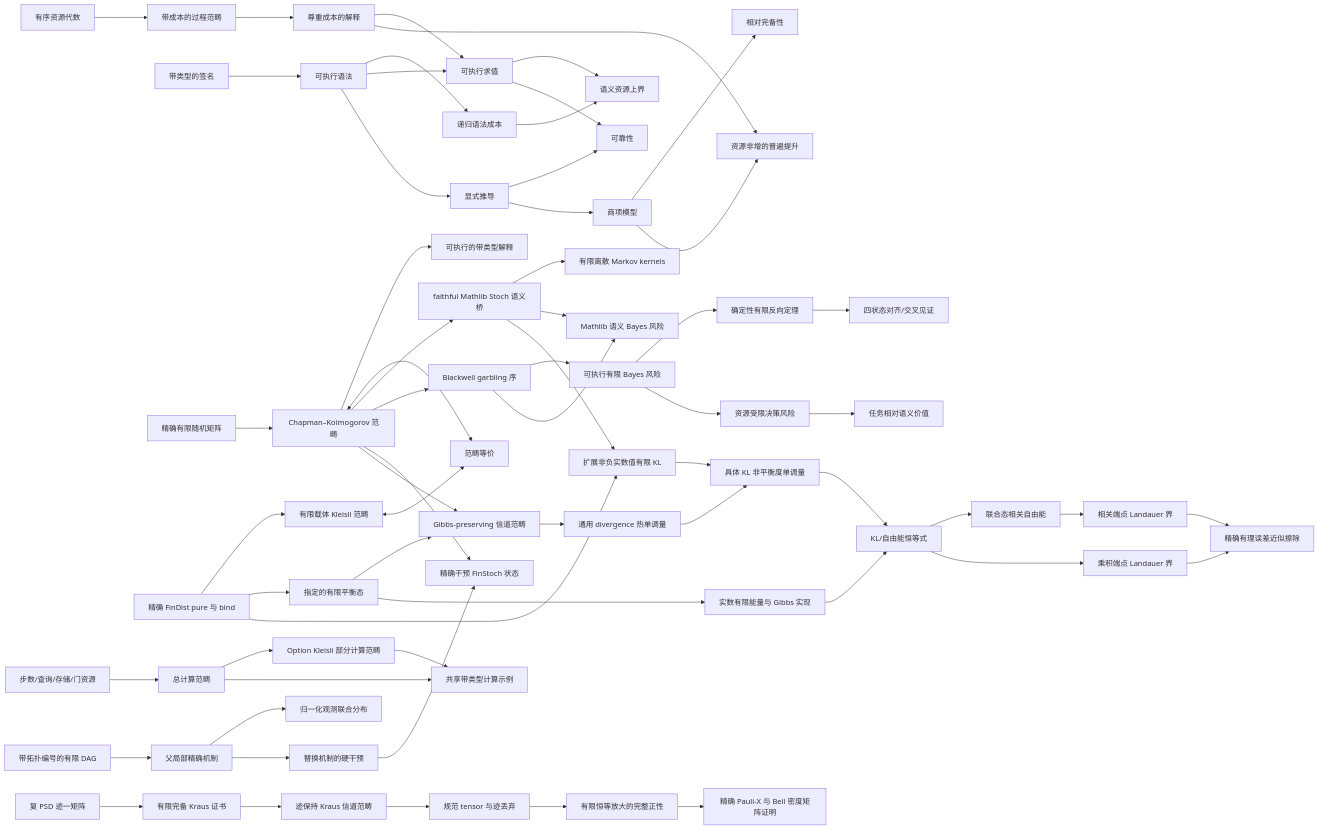
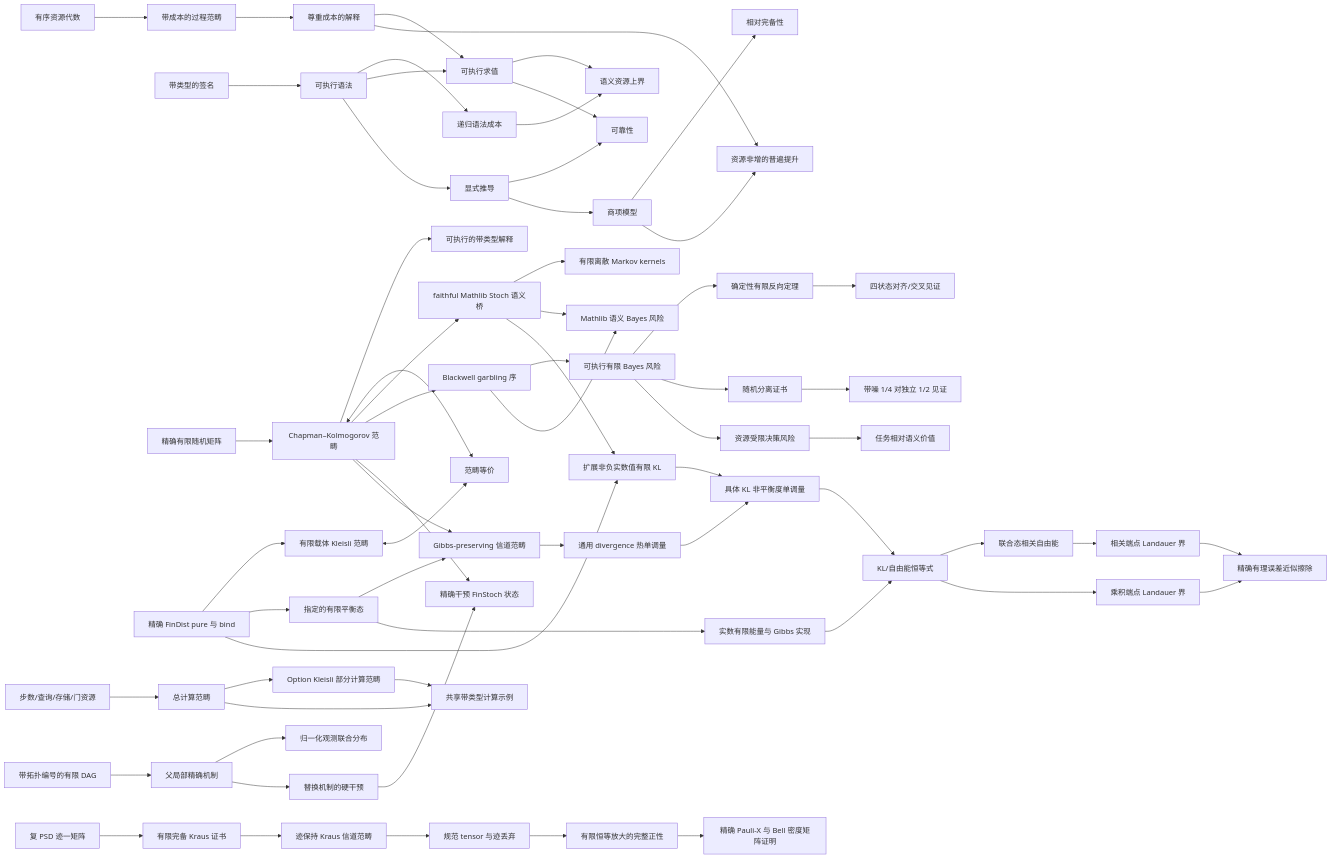
One commit to miuchan/ript changed the diagram in docs/README.zh-CN.md. Above: the diagram before and after it, drawn with Mermaid. The commit also changed other lines of this file and 13 other files, not shown here.

````diff
--- a/docs/README.zh-CN.md
+++ b/docs/README.zh-CN.md
@@ -943,63 +956,65 @@
 ```mermaid
 flowchart LR
   R["有序资源代数"] --> C["带成本的过程范畴"]
   S["带类型的签名"] --> X["可执行语法"]
   X --> K["递归语法成本"]
   C --> I["尊重成本的解释"]
   X --> E["可执行求值"]
   I --> E
   K --> B["语义资源上界"]
   E --> B
   X --> D["显式推导"]
   D --> SO["可靠性"]
   E --> SO
   D --> T["商项模型"]
   T --> CO["相对完备性"]
   I --> U["资源非增的普遍提升"]
   T --> U
   F["精确有限随机矩阵"] --> CK["Chapman–Kolmogorov 范畴"]
   CK --> EX["可执行的带类型解释"]
   FD["精确 FinDist pure 与 bind"] --> KL["有限载体 Kleisli 范畴"]
   CK <--> EQ["范畴等价"]
   KL <--> EQ
   CK --> ST["faithful Mathlib Stoch 语义桥"]
   ST --> MT["有限离散 Markov kernels"]
   CK --> BW["Blackwell garbling 序"]
   ST --> SB["Mathlib 语义 Bayes 风险"]
   BW --> FR["可执行有限 Bayes 风险"]
   FR --> DB["确定性有限反向定理"]
   DB --> DX["四状态对齐/交叉见证"]
+  FR --> DS["随机分离证书"]
+  DS --> SX["带噪 1/4 对独立 1/2 见证"]
   FR --> RR["资源受限决策风险"]
   RR --> SV["任务相对语义价值"]
   BW --> SB
   CR["步数/查询/存储/门资源"] --> TC["总计算范畴"]
   TC --> PC["Option Kleisli 部分计算范畴"]
   TC --> CE["共享带类型计算示例"]
   PC --> CE
   DAG["带拓扑编号的有限 DAG"] --> CM["父局部精确机制"]
   CM --> OJ["归一化观测联合分布"]
   CM --> DO["替换机制的硬干预"]
   DO --> IS["精确干预 FinStoch 状态"]
   CK --> IS
   FD --> TE["指定的有限平衡态"]
   CK --> GP["Gibbs-preserving 信道范畴"]
   TE --> GP
   GP --> TM["通用 divergence 热单调量"]
   FD --> FKL["扩展非负实数值有限 KL"]
   ST --> FKL
   FKL --> KTM["具体 KL 非平衡度单调量"]
   TM --> KTM
   TE --> GD["实数有限能量与 Gibbs 实现"]
   GD --> FE["KL/自由能恒等式"]
   KTM --> FE
   FE --> Corr["联合态相关自由能"]
   FE --> LW["乘积端点 Landauer 界"]
   Corr --> CLW["相关端点 Landauer 界"]
   LW --> AE["精确有理误差近似擦除"]
   CLW --> AE
   QB["复 PSD 迹一矩阵"] --> QK["有限完备 Kraus 证书"]
   QK --> QC["迹保持 Kraus 信道范畴"]
   QC --> QT["规范 tensor 与迹丢弃"]
   QT --> QP["有限恒等放大的完整正性"]
   QP --> QX["精确 Pauli-X 与 Bell 密度矩阵证明"]
 ```
````
